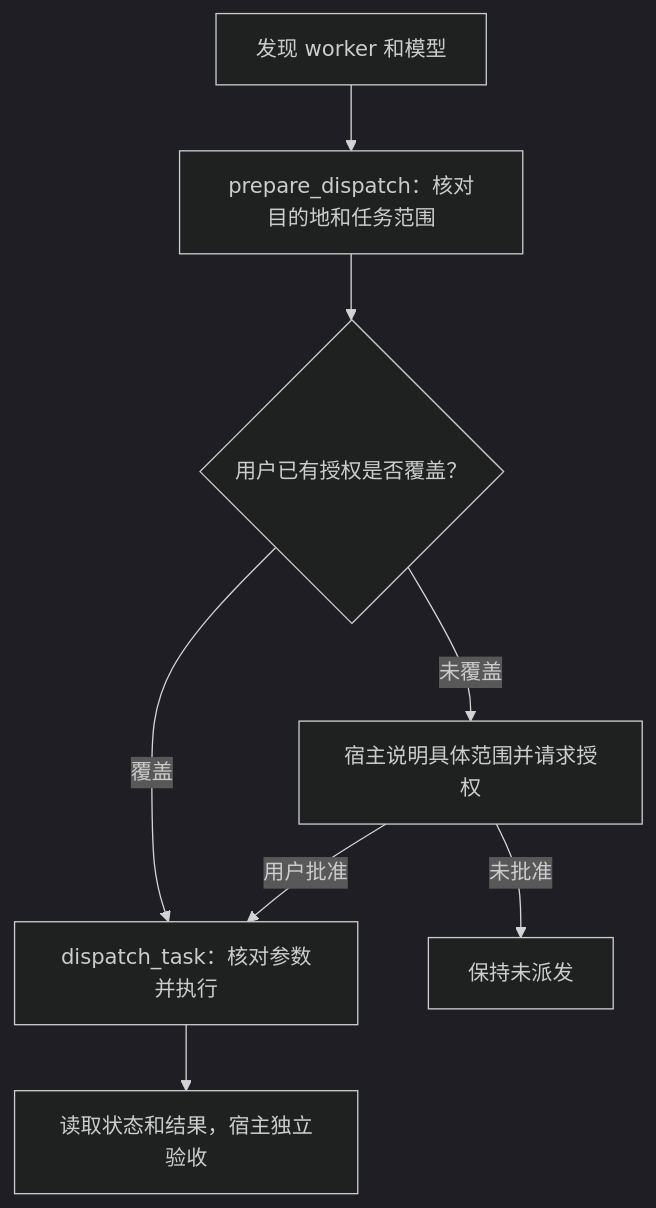
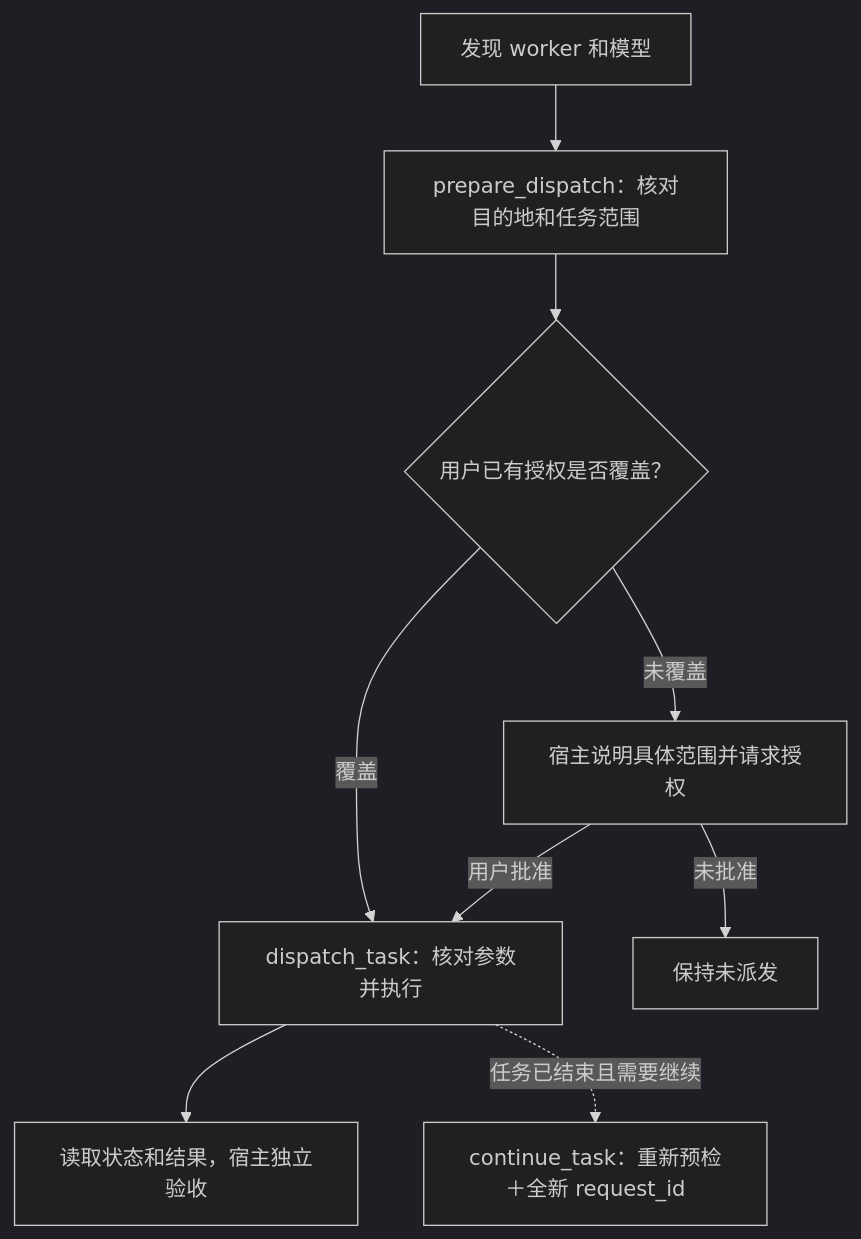
The second of 2 diagrams in README.md (henryzhang-tn/agent-bridge), drawn with Mermaid (dark theme) before and after one commit. The commit also changed other lines of this file and 30 other files, not shown here.

````diff
--- a/README.md
+++ b/README.md
@@ -80,10 +84,11 @@
 ```mermaid
 flowchart TD
     D[发现 worker 和模型] --> P[prepare_dispatch：核对目的地和任务范围]
     P --> A{用户已有授权是否覆盖？}
     A -->|覆盖| E[dispatch_task：核对参数并执行]
     A -->|未覆盖| U[宿主说明具体范围并请求授权]
     U -->|用户批准| E
     U -->|未批准| S[保持未派发]
     E --> R[读取状态和结果，宿主独立验收]
+    E -.任务已结束且需要继续.-> C[continue_task：重新预检＋全新 request_id]
 ```
````
